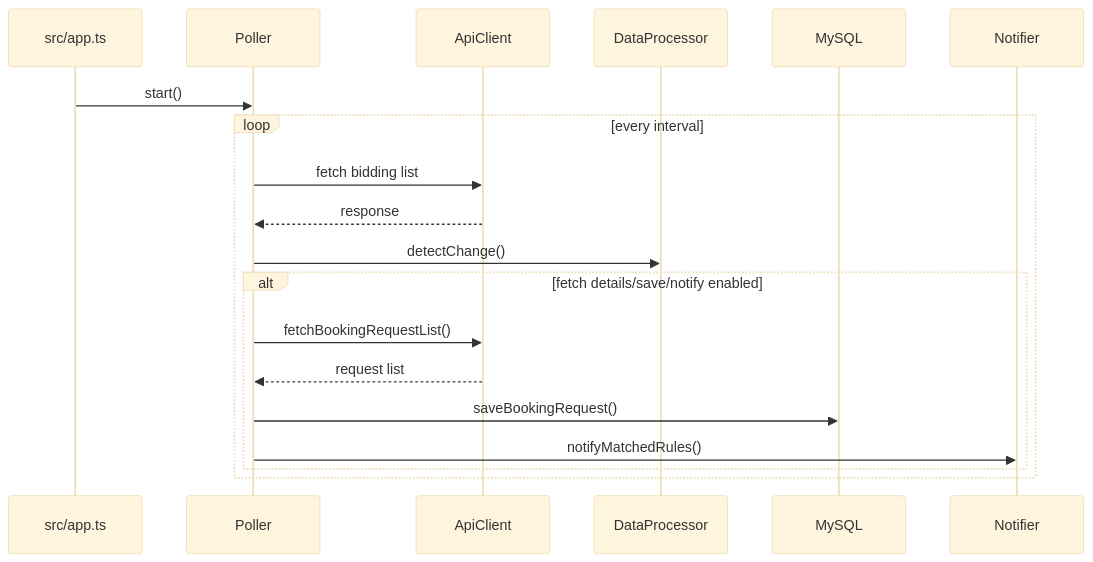
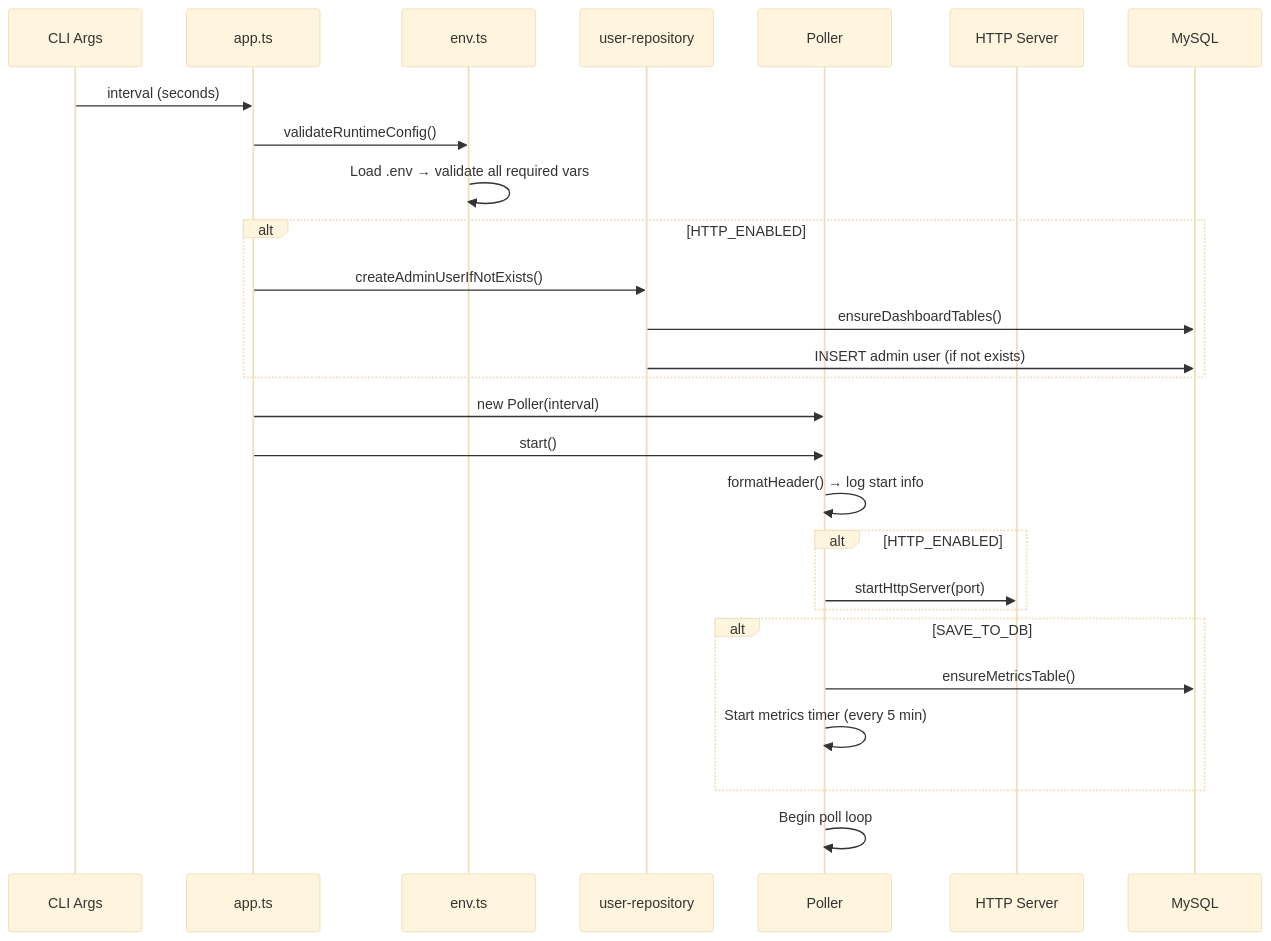
Before and after one commit to fastest4u/SPX: the first of 2 diagrams in docs/runtime-flow.md, drawn with Mermaid (base theme). The commit also changed other lines of this file and 21 other files, not shown here.

````diff
--- a/docs/runtime-flow.md
+++ b/docs/runtime-flow.md
@@ -31,22 +15,36 @@
 ```mermaid
 sequenceDiagram
-  participant App as src/app.ts
+  participant CLI as CLI Args
+  participant App as app.ts
+  participant Env as env.ts
+  participant Admin as user-repository
   participant Poller as Poller
-  participant API as ApiClient
-  participant DP as DataProcessor
+  participant HTTP as HTTP Server
   participant DB as MySQL
-  participant N as Notifier
 
+  CLI->>App: interval (seconds)
+  App->>Env: validateRuntimeConfig()
+  Env->>Env: Load .env → validate all required vars
+  
+  alt HTTP_ENABLED
+    App->>Admin: createAdminUserIfNotExists()
+    Admin->>DB: ensureDashboardTables()
+    Admin->>DB: INSERT admin user (if not exists)
+  end
+
+  App->>Poller: new Poller(interval)
   App->>Poller: start()
-  loop every interval
-    Poller->>API: fetch bidding list
-    API-->>Poller: response
-    Poller->>DP: detectChange()
-    alt fetch details/save/notify enabled
-      Poller->>API: fetchBookingRequestList()
-      API-->>Poller: request list
-      Poller->>DB: saveBookingRequest()
-      Poller->>N: notifyMatchedRules()
-    end
+  
+  Poller->>Poller: formatHeader() → log start info
+  
+  alt HTTP_ENABLED
+    Poller->>HTTP: startHttpServer(port)
   end
+  
+  alt SAVE_TO_DB
+    Poller->>DB: ensureMetricsTable()
+    Poller->>Poller: Start metrics timer (every 5 min)
+  end
+  
+  Poller->>Poller: Begin poll loop
 ```
````
